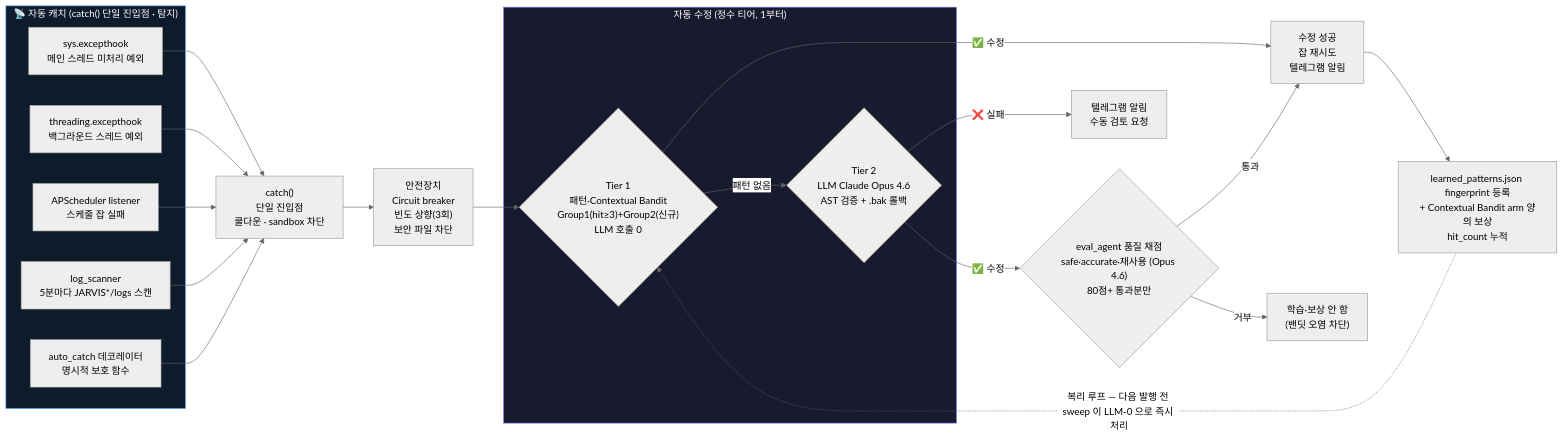
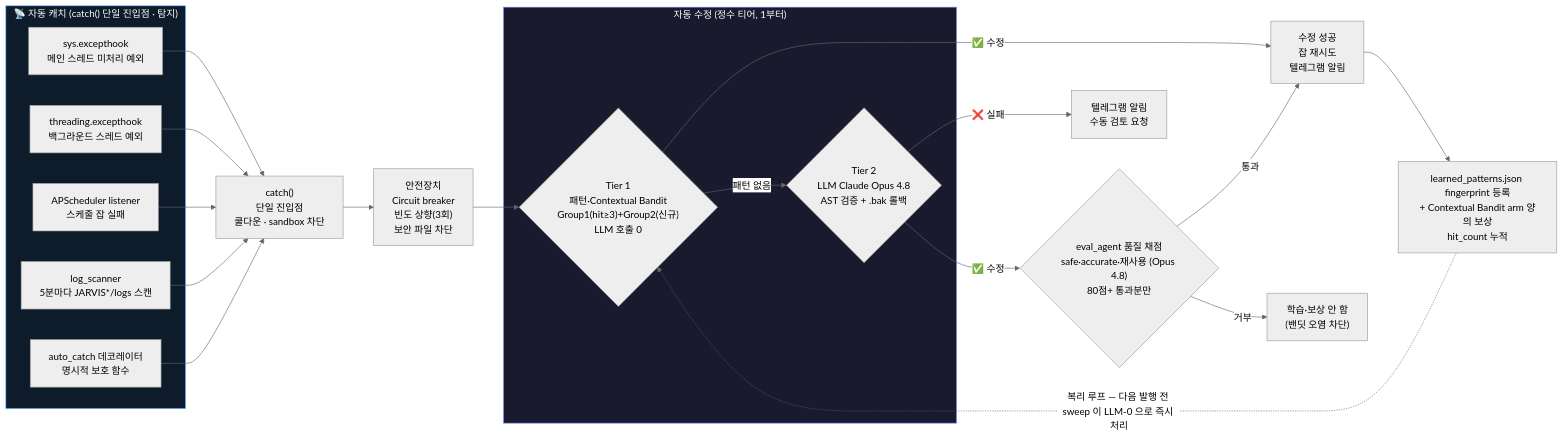
The third of 3 diagrams in README.md (youandi3535/jarvis-agent), drawn with Mermaid (neutral theme) before and after one commit. The commit also changed other lines of this file and 3 other files, not shown here.

````diff
--- a/README.md
+++ b/README.md
@@ -236,35 +239,35 @@
 ```mermaid
 flowchart LR
     subgraph CATCH["📡 자동 캐치 (catch() 단일 진입점 · 탐지)"]
         H1["sys.excepthook\n메인 스레드 미처리 예외"]
         H2["threading.excepthook\n백그라운드 스레드 예외"]
         H3["APScheduler listener\n스케줄 잡 실패"]
         H4["log_scanner\n5분마다 JARVIS*/logs 스캔"]
         H5["auto_catch 데코레이터\n명시적 보호 함수"]
     end
 
     H1 & H2 & H3 & H4 & H5 --> C["catch()\n단일 진입점\n쿨다운 · sandbox 차단"]
 
     C --> SAFE["안전장치\nCircuit breaker\n빈도 상향(3회)\n보안 파일 차단"]
 
     SAFE --> T1
 
     subgraph TIERS["자동 수정 (정수 티어, 1부터)"]
         T1{"Tier 1\n패턴·Contextual Bandit\nGroup1(hit≥3)+Group2(신규)\nLLM 호출 0"}
-        T2{"Tier 2\nLLM Claude Opus 4.6\nAST 검증 + .bak 롤백"}
+        T2{"Tier 2\nLLM Claude Opus 4.8\nAST 검증 + .bak 롤백"}
     end
 
     T1 -->|"✅ 수정"| OK
     T1 -->|"패턴 없음"| T2
-    T2 -->|"✅ 수정"| EVAL{"eval_agent 품질 채점\nsafe·accurate·재사용 (Opus 4.6)\n80점+ 통과분만"}
+    T2 -->|"✅ 수정"| EVAL{"eval_agent 품질 채점\nsafe·accurate·재사용 (Opus 4.8)\n80점+ 통과분만"}
     EVAL -->|"통과"| OK
     EVAL -->|"거부"| DROP["학습·보상 안 함\n(밴딧 오염 차단)"]
 
     OK["수정 성공\n잡 재시도\n텔레그램 알림"] --> LEARN["learned_patterns.json fingerprint 등록\n+ Contextual Bandit arm 양의 보상\nhit_count 누적"]
     LEARN -. "복리 루프 — 다음 발행 전 sweep 이 LLM-0 으로 즉시 처리" .-> T1
 
     T2 -->|"❌ 실패"| ESC["텔레그램 알림\n수동 검토 요청"]
 
     style CATCH fill:#0d1b2a,stroke:#4a9eff,color:#fff
     style TIERS fill:#1a1a2e,stroke:#7c83fd,color:#fff
 ```
````
